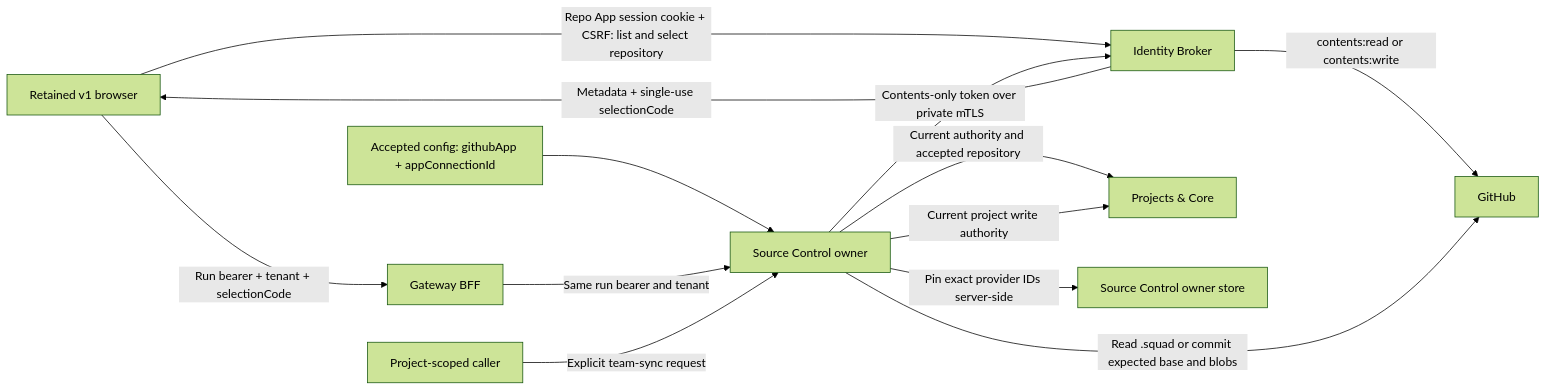
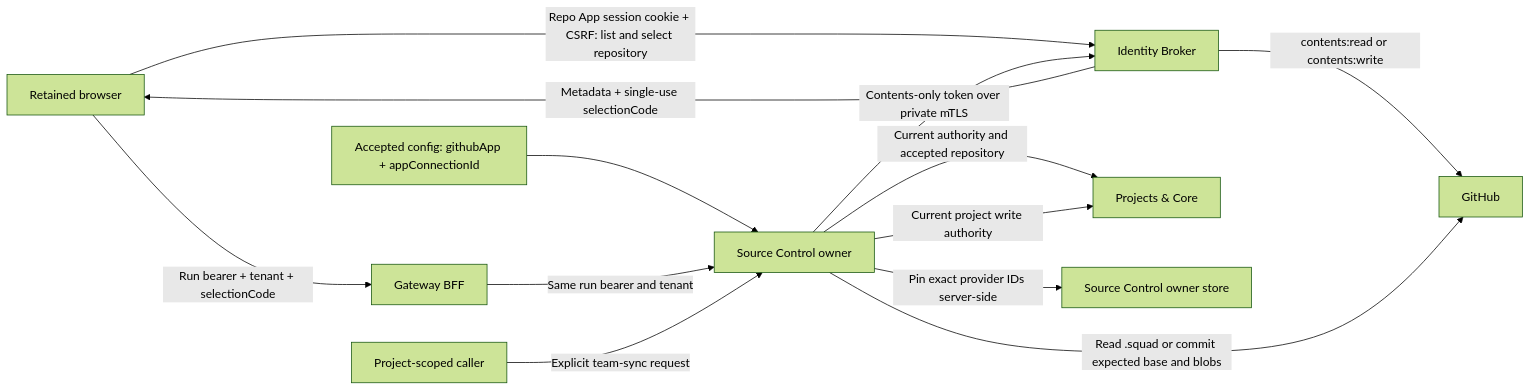
One commit to sabbour/agentweaver changed the sixth of 6 diagrams in docs/architecture/design/provider-seams.md. Above: the diagram before and after it, drawn with Mermaid (forest theme). The commit also changed other lines of this file and 11 other files, not shown here.

````diff
--- a/docs/architecture/design/provider-seams.md
+++ b/docs/architecture/design/provider-seams.md
@@ -1262,23 +1264,23 @@
 ```mermaid
 flowchart LR
-    Browser["Retained v1 browser"]
+    Browser["Retained browser"]
     Gateway["Gateway BFF"]
     Identity["Identity Broker"]
     Config["Accepted config: githubApp + appConnectionId"]
     Source["Source Control owner"]
     Core["Projects & Core"]
     Store["Source Control owner store"]
     ProjectUser["Project-scoped caller"]
     Browser -->|"Repo App session cookie + CSRF: list and select repository"| Identity
     Identity -->|"Metadata + single-use selectionCode"| Browser
     Config --> Source
     Browser -->|"Run bearer + tenant + selectionCode"| Gateway
     Gateway -->|"Same run bearer and tenant"| Source
     Source -->|"Current authority and accepted repository"| Core
     Source -->|"Pin exact provider IDs server-side"| Store
     ProjectUser -->|"Explicit team-sync request"| Source
     Source -->|"Current project write authority"| Core
     Source -->|"Contents-only token over private mTLS"| Identity
     Identity -->|"contents:read or contents:write"| GitHub
     Source -->|"Read .squad or commit expected base and blobs"| GitHub
 ```
````
